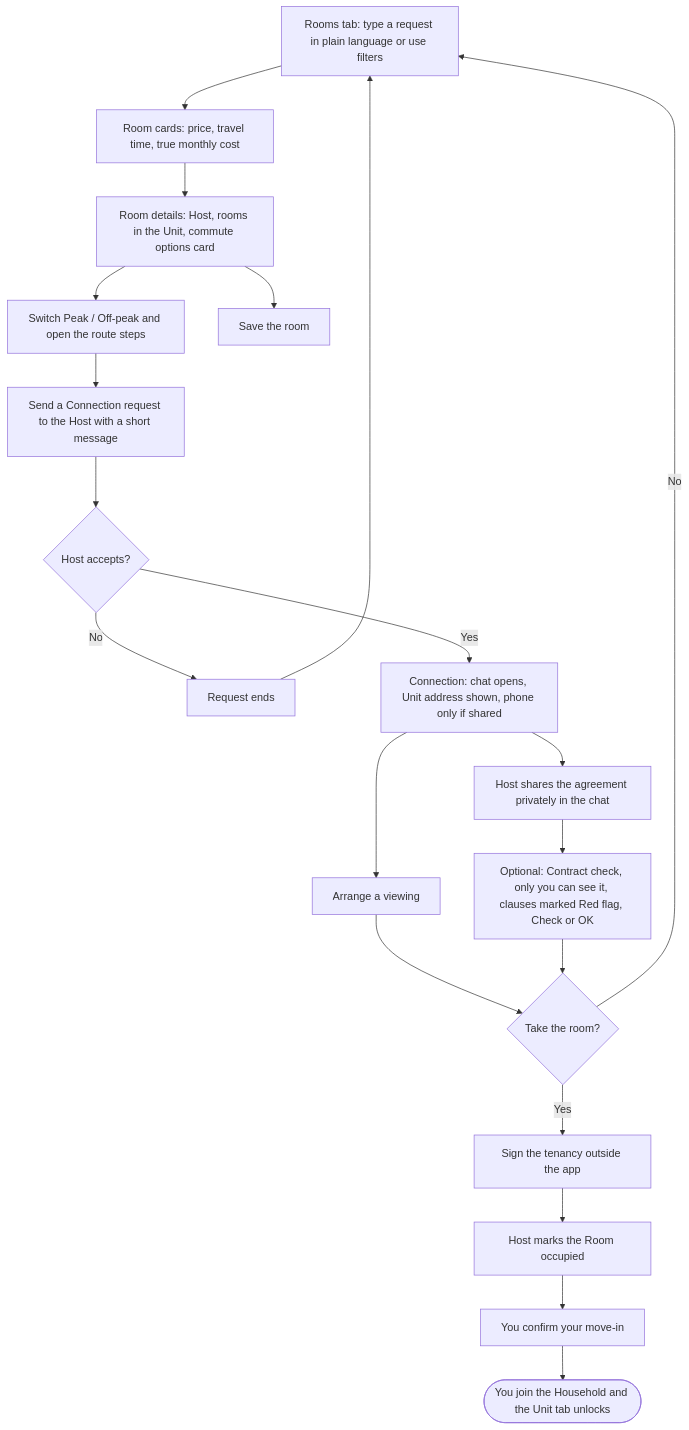
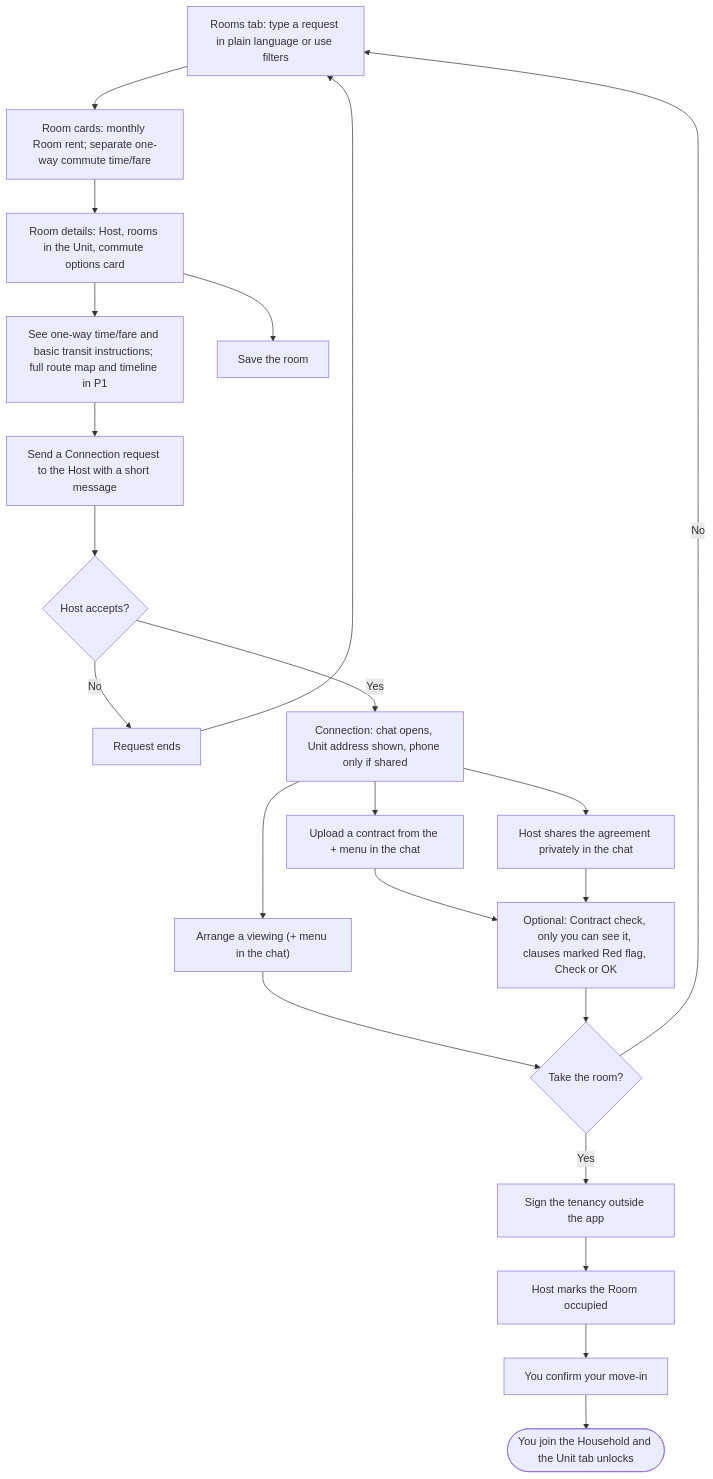
Before and after one commit to abqaryne/jiran: the second of 8 diagrams in docs/product/USER-FLOW.md, drawn with Mermaid. The commit also changed other lines of this file and 54 other files, not shown here.

````diff
--- a/docs/product/USER-FLOW.md
+++ b/docs/product/USER-FLOW.md
@@ -27,22 +27,24 @@
 ```mermaid
 flowchart TD
-    A["Rooms tab: type a request in plain language or use filters"] --> B["Room cards: price, travel time, true monthly cost"]
+    A["Rooms tab: type a request in plain language or use filters"] --> B["Room cards: monthly Room rent; separate one-way commute time/fare"]
     B --> C["Room details: Host, rooms in the Unit, commute options card"]
-    C --> D["Switch Peak / Off-peak and open the route steps"]
+    C --> D["See one-way time/fare and basic transit instructions; full route map and timeline in P1"]
     C --> S["Save the room"]
     D --> G["Send a Connection request to the Host with a short message"]
     G --> H{"Host accepts?"}
     H -- "No" --> I["Request ends"]
     I --> A
     H -- "Yes" --> J["Connection: chat opens, Unit address shown, phone only if shared"]
-    J --> K["Arrange a viewing"]
+    J --> K["Arrange a viewing (+ menu in the chat)"]
     J --> CC["Host shares the agreement privately in the chat"]
+    J --> UC["Upload a contract from the + menu in the chat"]
+    UC --> CK
     CC --> CK["Optional: Contract check, only you can see it, clauses marked Red flag, Check or OK"]
     K --> L{"Take the room?"}
     CK --> L
     L -- "No" --> A
     L -- "Yes" --> M["Sign the tenancy outside the app"]
     M --> N["Host marks the Room occupied"]
     N --> O["You confirm your move-in"]
     O --> P(["You join the Household and the Unit tab unlocks"])
 ```
````
